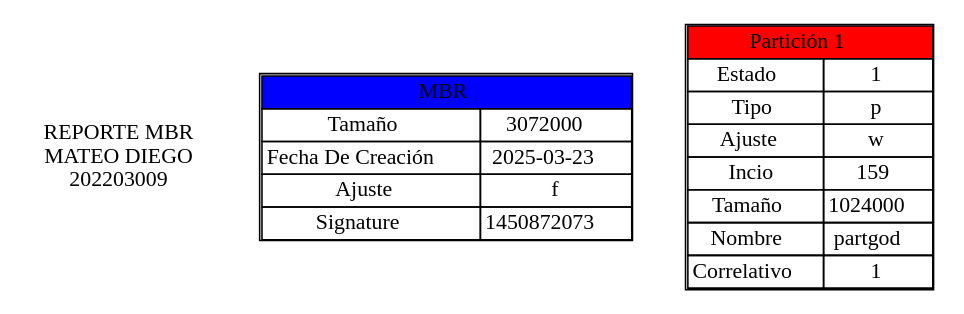
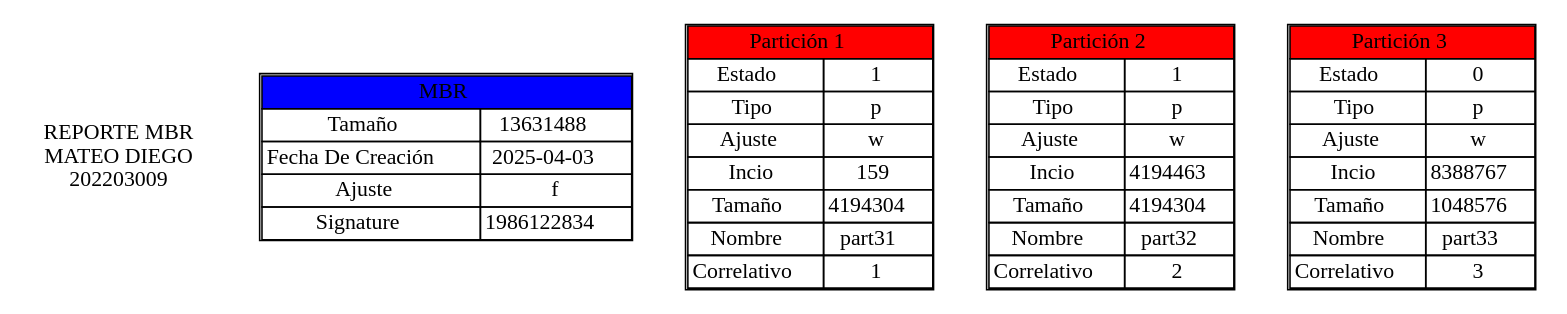
One commit to matiuuh/-MIA_1S_P2_202203009 changed the diagram in backend/REPORTEMBR.dot. Above: the diagram before and after it, drawn with Graphviz. The commit also changed 3 other files, not shown here.

```diff
--- a/backend/REPORTEMBR.dot
+++ b/backend/REPORTEMBR.dot
@@ -1,28 +1,52 @@
 digraph G {
 node [shape=plaintext];
 fontname="Courier New";
 title [label="REPORTE MBR
 MATEO DIEGO
 202203009"];
 mbrTable [label=<
 <table border='1' cellborder='1' cellspacing='0'>
 <tr><td bgcolor="blue" colspan='2'>MBR</td></tr>
-<tr><td>Tamaño</td><td>3072000</td></tr>
-<tr><td>Fecha De Creación</td><td>2025-03-23</td></tr>
+<tr><td>Tamaño</td><td>13631488</td></tr>
+<tr><td>Fecha De Creación</td><td>2025-04-03</td></tr>
 <tr><td>Ajuste</td><td>f</td></tr>
-<tr><td>Signature</td><td>1450872073</td></tr>
+<tr><td>Signature</td><td>1986122834</td></tr>
 </table>
 >];
 PA1 [label=<
 <table border='1' cellborder='1' cellspacing='0'>
 <tr><td bgcolor="red" colspan='2'>Partición 1</td></tr>
 <tr><td>Estado</td><td>1</td></tr>
 <tr><td>Tipo</td><td>p</td></tr>
 <tr><td>Ajuste</td><td>w</td></tr>
 <tr><td>Incio</td><td>159</td></tr>
-<tr><td>Tamaño</td><td>1024000</td></tr>
-<tr><td>Nombre</td><td>partgod</td></tr>
+<tr><td>Tamaño</td><td>4194304</td></tr>
+<tr><td>Nombre</td><td>part31</td></tr>
 <tr><td>Correlativo</td><td>1</td></tr>
 </table>
 >];
+PA2 [label=<
+<table border='1' cellborder='1' cellspacing='0'>
+<tr><td bgcolor="red" colspan='2'>Partición 2</td></tr>
+<tr><td>Estado</td><td>1</td></tr>
+<tr><td>Tipo</td><td>p</td></tr>
+<tr><td>Ajuste</td><td>w</td></tr>
+<tr><td>Incio</td><td>4194463</td></tr>
+<tr><td>Tamaño</td><td>4194304</td></tr>
+<tr><td>Nombre</td><td>part32</td></tr>
+<tr><td>Correlativo</td><td>2</td></tr>
+</table>
+>];
+PA3 [label=<
+<table border='1' cellborder='1' cellspacing='0'>
+<tr><td bgcolor="red" colspan='2'>Partición 3</td></tr>
+<tr><td>Estado</td><td>0</td></tr>
+<tr><td>Tipo</td><td>p</td></tr>
+<tr><td>Ajuste</td><td>w</td></tr>
+<tr><td>Incio</td><td>8388767</td></tr>
+<tr><td>Tamaño</td><td>1048576</td></tr>
+<tr><td>Nombre</td><td>part33</td></tr>
+<tr><td>Correlativo</td><td>3</td></tr>
+</table>
+>];
 }
```
